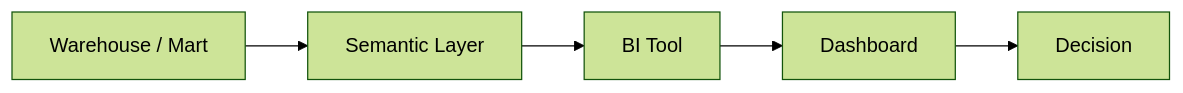
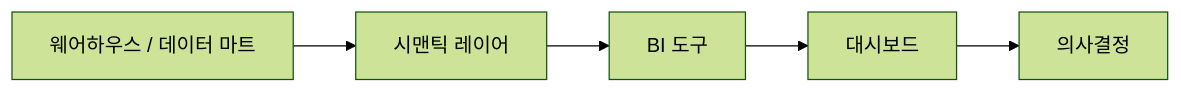
Before and after one commit to yeongseon-books/book-content: the diagram in content/data-warehouse-101/ko/07-bi-and-dashboard.md, drawn with Mermaid (forest theme). The commit also changed other lines of this file, not shown here.

First line of the commit message:
docs(data-warehouse-101): rewrite ko to golden style (#427)

````diff
--- a/content/data-warehouse-101/ko/07-bi-and-dashboard.md
+++ b/content/data-warehouse-101/ko/07-bi-and-dashboard.md
@@ -35,7 +55,7 @@
 ```mermaid
 flowchart LR
-    DW["Warehouse / Mart"] --> Semantic["Semantic Layer"]
-    Semantic --> BI["BI Tool"]
-    BI --> Dashboard["Dashboard"]
-    Dashboard --> Decision["Decision"]
+    DW["웨어하우스 / 데이터 마트"] --> Semantic["시맨틱 레이어"]
+    Semantic --> BI["BI 도구"]
+    BI --> Dashboard["대시보드"]
+    Dashboard --> Decision["의사결정"]
 ```
````
